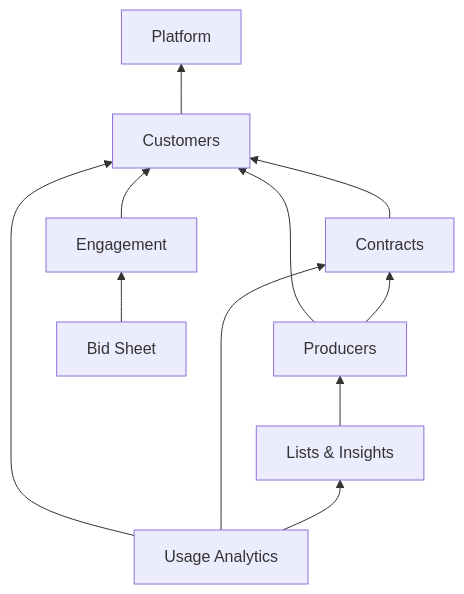
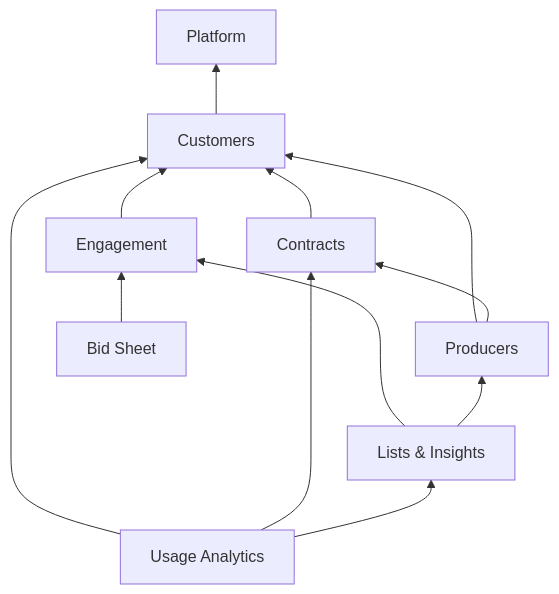
Before and after one commit to GrosseLimace/origination: the diagram in agents-docs/plans/plan-modular-architecture.md, drawn with Mermaid. The commit also changed other lines of this file and 142 other files, not shown here.

````diff
--- a/agents-docs/plans/plan-modular-architecture.md
+++ b/agents-docs/plans/plan-modular-architecture.md
@@ -124,14 +124,15 @@
 ```mermaid
 flowchart BT
     Platform
     Customers --> Platform
     Contracts --> Customers
     Engagement --> Customers
     Producers --> Contracts
     Producers --> Customers
     Lists[Lists & Insights] --> Producers
+    Lists --> Engagement
     BidSheet[Bid Sheet] --> Engagement
     Usage[Usage Analytics] --> Lists
     Usage --> Contracts
     Usage --> Customers
 ```
````
